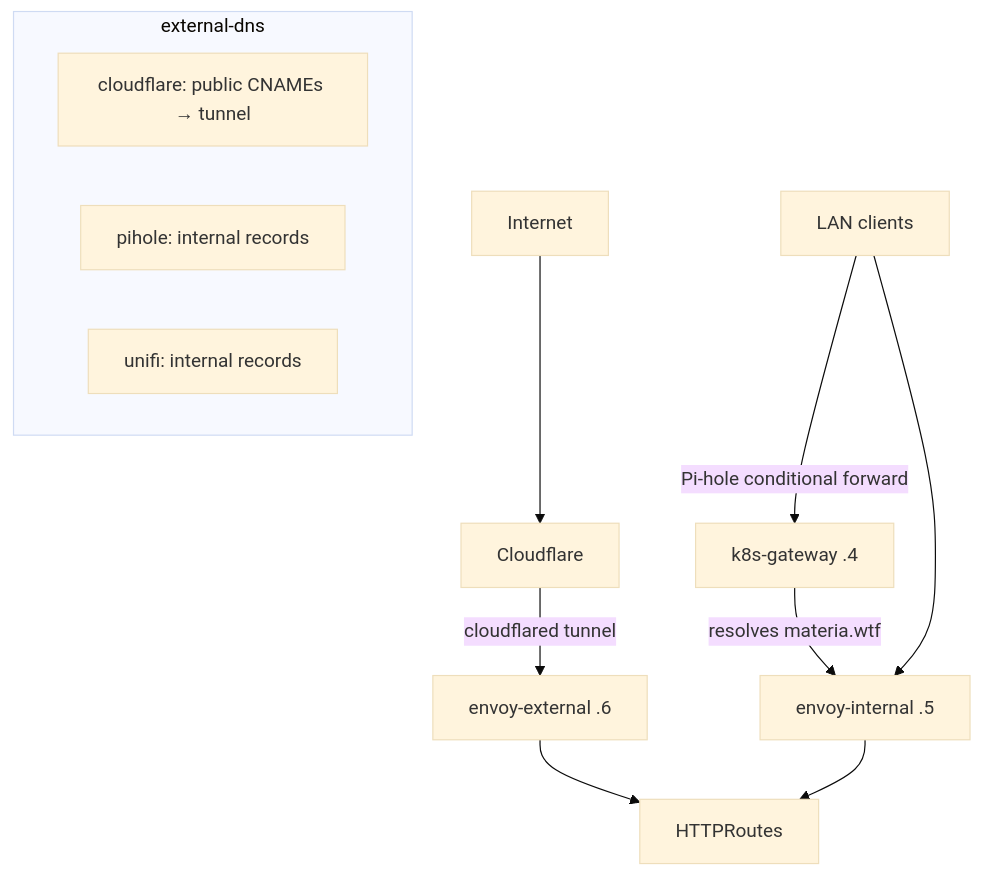
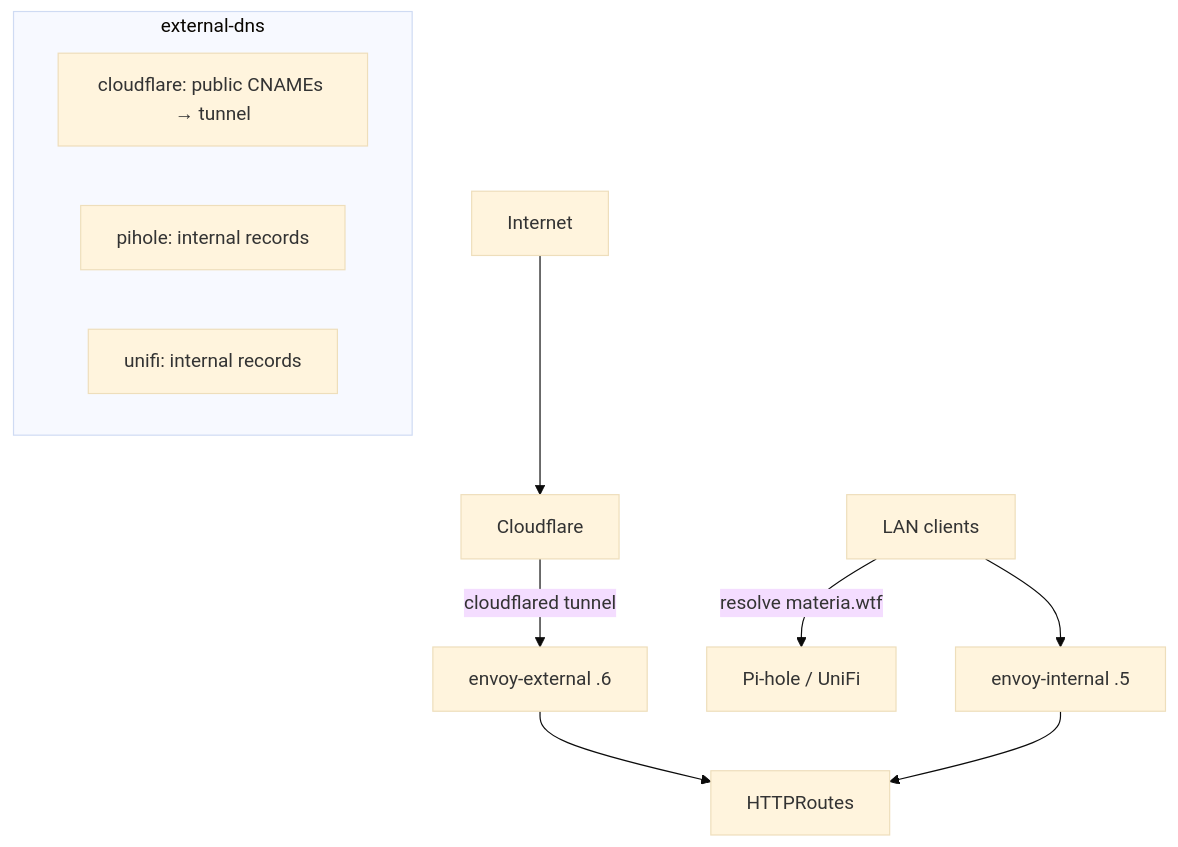
The second of 3 diagrams in docs/architecture.md (materia-ops/home-ops), drawn with Mermaid (base theme) before and after one commit. The commit also changed other lines of this file and 10 other files, not shown here.

````diff
--- a/docs/architecture.md
+++ b/docs/architecture.md
@@ -135,15 +134,14 @@
 ```mermaid
 flowchart TD
     inet[Internet] --> cf[Cloudflare]
     cf -->|cloudflared tunnel| ext[envoy-external .6]
-    lan[LAN clients] -->|Pi-hole conditional forward| kgw[k8s-gateway .4]
-    kgw -->|resolves materia.wtf| int[envoy-internal .5]
-    lan --> int
+    lan[LAN clients] -->|resolve materia.wtf| ph[Pi-hole / UniFi]
+    lan --> int[envoy-internal .5]
     ext --> apps[HTTPRoutes]
     int --> apps
     subgraph external-dns
         edcf["cloudflare: public CNAMEs → tunnel"]
         edpi["pihole: internal records"]
         eduni["unifi: internal records"]
     end
 ```
````
